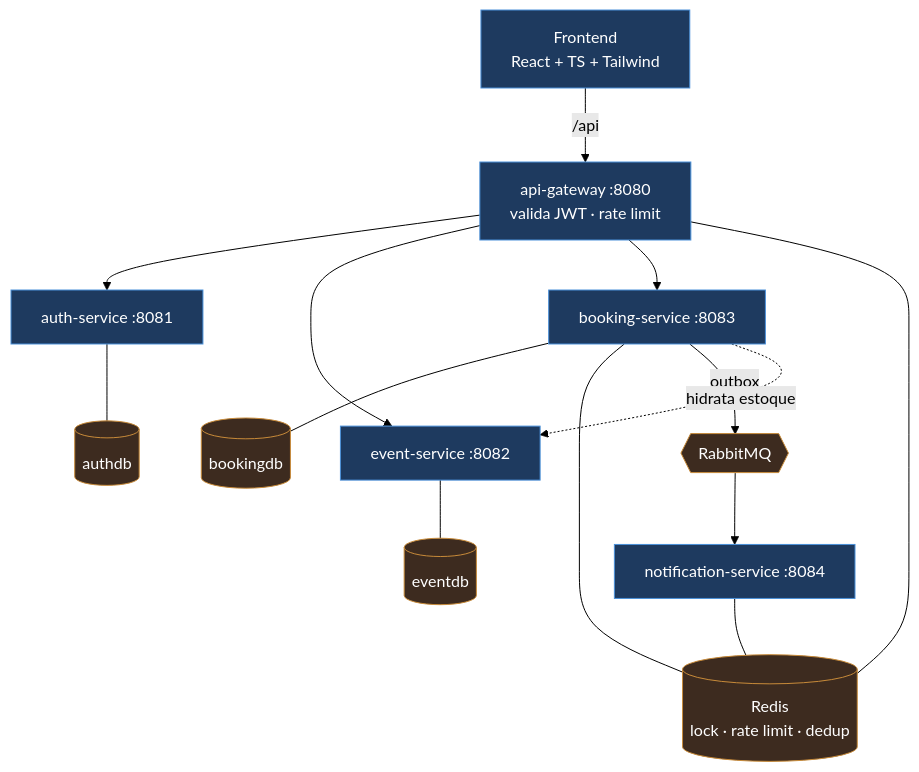
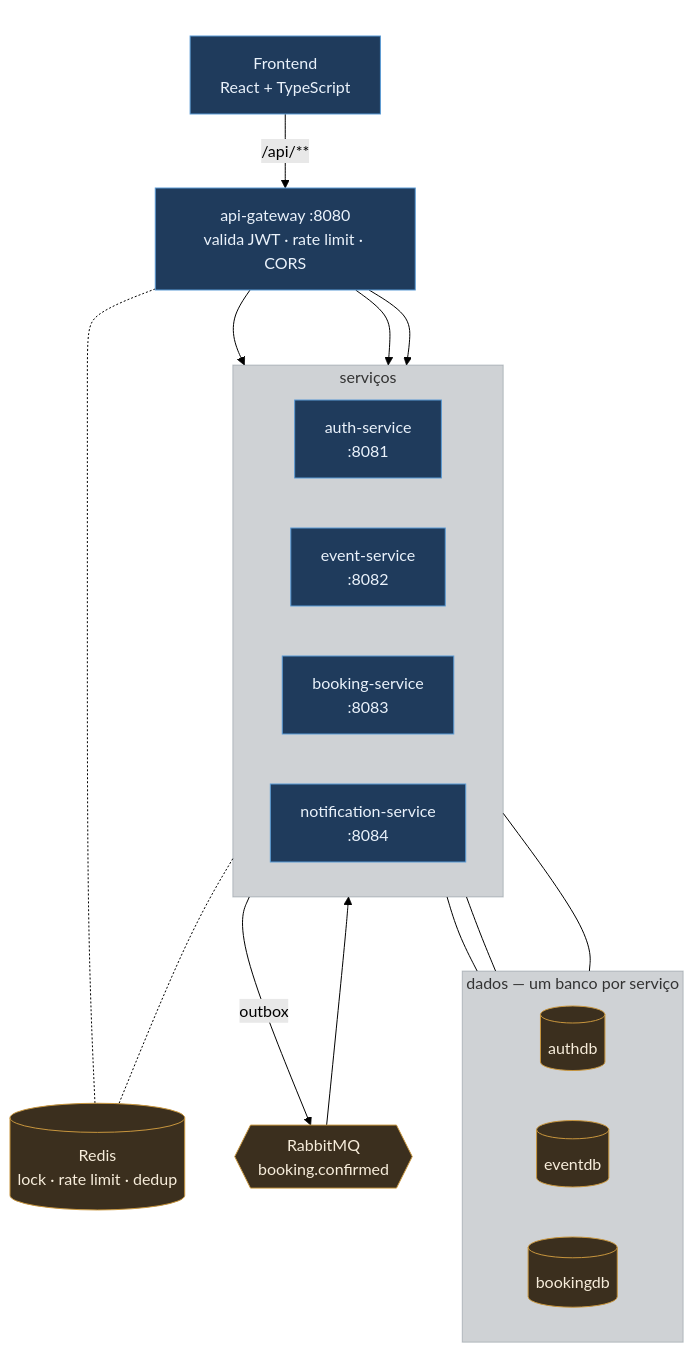
One commit to devBandeiraa/ticket-platform changed the diagram in README.md. Above: the diagram before and after it, drawn with Mermaid (forest theme). The commit also changed other lines of this file, not shown here.

Commit message:
docs: reorganiza o diagrama de arquitetura para render legivel
Subgraphs agrupam servicos e bancos, no lugar do layout automatico que
sobrepunha os rotulos das arestas e arrastava o Redis para longe.

A unica chamada sincrona entre servicos sai do diagrama e vira texto: no
desenho ela cruzava o grafo inteiro para dizer algo que uma frase diz
melhor.

````diff
--- a/README.md
+++ b/README.md
@@ -157,34 +157,50 @@
 ```mermaid
-flowchart TD
-    F["Frontend<br/>React + TS + Tailwind"]
-    G["api-gateway :8080<br/>valida JWT · rate limit"]
-    A["auth-service :8081"]
-    E["event-service :8082"]
-    B["booking-service :8083"]
-    N["notification-service :8084"]
+flowchart TB
+    F["Frontend<br/>React + TypeScript"]
+    G["api-gateway :8080<br/>valida JWT · rate limit · CORS"]
 
-    ADB[("authdb")]
-    EDB[("eventdb")]
-    BDB[("bookingdb")]
+    subgraph borda [" "]
+        F -->|"/api/**"| G
+    end
+
+    subgraph servicos ["serviços"]
+        direction LR
+        A["auth-service<br/>:8081"]
+        E["event-service<br/>:8082"]
+        B["booking-service<br/>:8083"]
+        N["notification-service<br/>:8084"]
+    end
+
+    subgraph dados ["dados — um banco por serviço"]
+        direction LR
+        ADB[("authdb")]
+        EDB[("eventdb")]
+        BDB[("bookingdb")]
+    end
+
     R[("Redis<br/>lock · rate limit · dedup")]
-    Q{{"RabbitMQ"}}
+    Q{{"RabbitMQ<br/>booking.confirmed"}}
 
-    F -->|/api| G
     G --> A
     G --> E
     G --> B
+
     A --- ADB
     E --- EDB
     B --- BDB
-    B --- R
-    G --- R
+
     B -->|outbox| Q
     Q --> N
-    N --- R
-    B -.->|hidrata estoque| E
 
-    classDef svc fill:#1e3a5f,stroke:#4a90d9,color:#fff
-    classDef infra fill:#3d2b1f,stroke:#c88b3a,color:#fff
+    G -.- R
+    B -.- R
+
+    classDef svc fill:#1f3b5c,stroke:#5b9bd5,color:#eaf2fb
+    classDef db fill:#3b2f1e,stroke:#c8963e,color:#f7eddb
     class F,G,A,E,B,N svc
-    class ADB,EDB,BDB,R,Q infra
+    class ADB,EDB,BDB,R,Q db
+
+    style borda fill:none,stroke:none
+    style servicos fill:#12203033,stroke:#33445544
+    style dados fill:#12203033,stroke:#33445544
 ```
````
